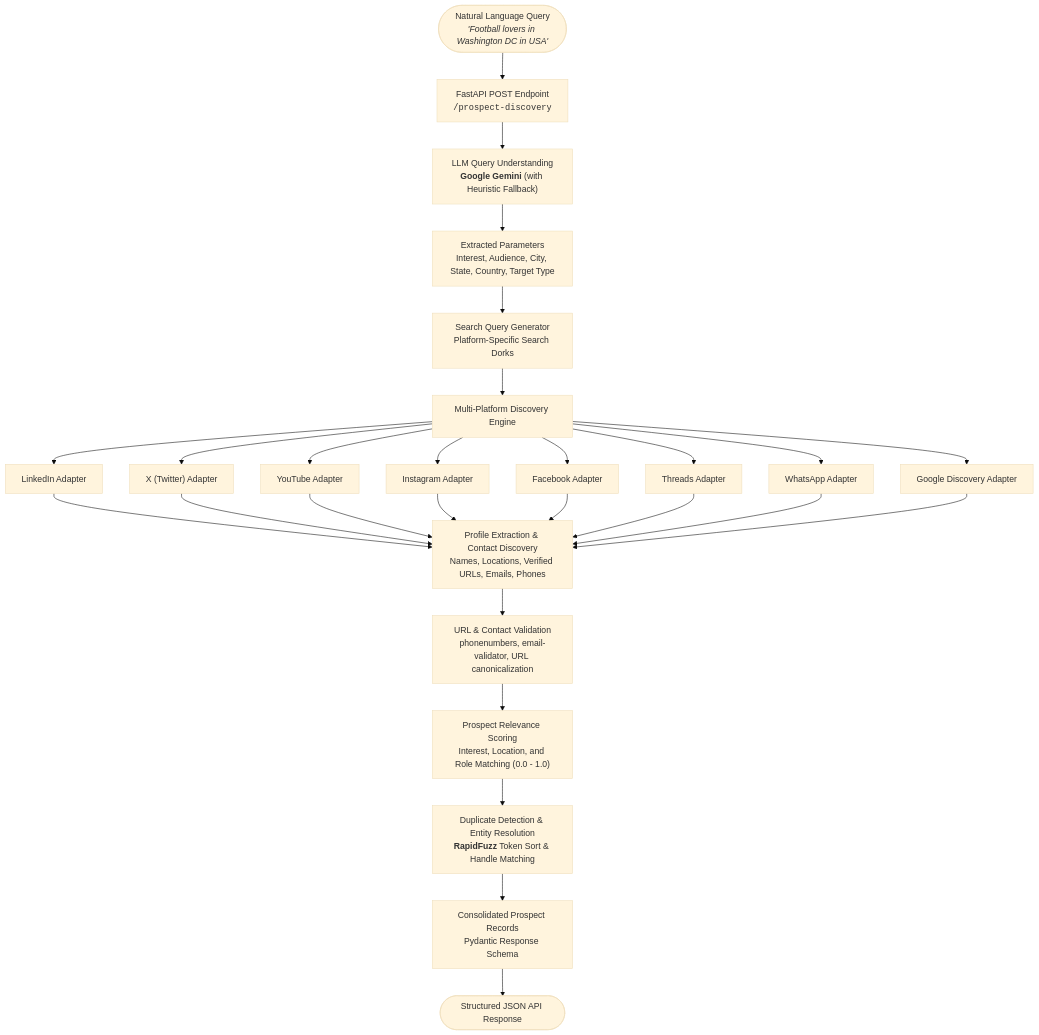
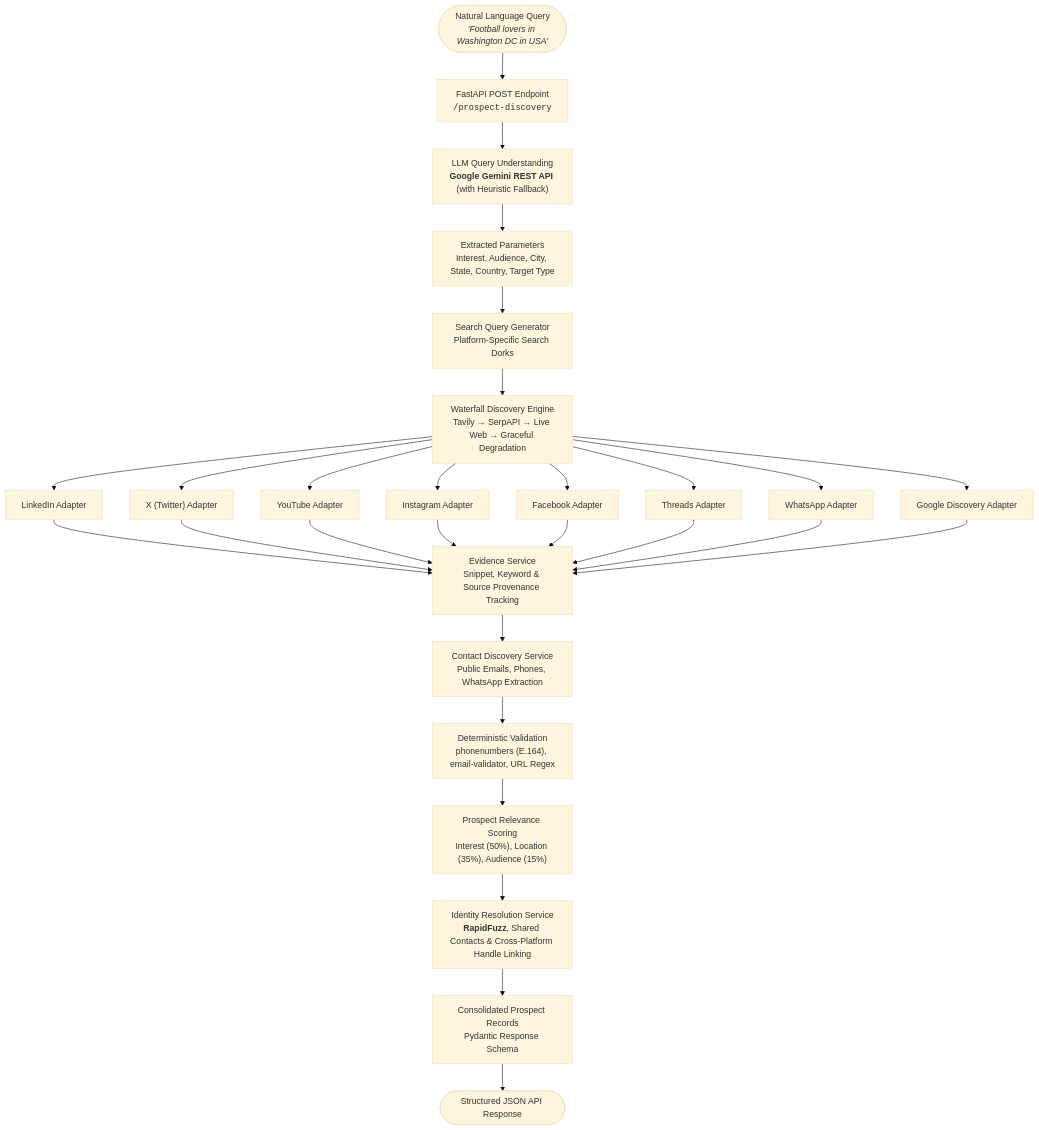
One commit to Siddanagowda/Similar-Connections changed the diagram in README.md. Above: the diagram before and after it, drawn with Mermaid (base theme). The commit also changed other lines of this file and 11 other files, not shown here.

````diff
--- a/README.md
+++ b/README.md
@@ -33,25 +33,25 @@
 ```mermaid
 flowchart TD
     UserQuery(["Natural Language Query<br/><i>'Football lovers in Washington DC in USA'</i>"]) --> Endpoint["FastAPI POST Endpoint<br/><code>/prospect-discovery</code>"]
-    Endpoint --> LLM["LLM Query Understanding<br/><b>Google Gemini</b> (with Heuristic Fallback)"]
+    Endpoint --> LLM["LLM Query Understanding<br/><b>Google Gemini REST API</b> (with Heuristic Fallback)"]
     LLM --> Intent["Extracted Parameters<br/>Interest, Audience, City, State, Country, Target Type"]
     Intent --> QueryGen["Search Query Generator<br/>Platform-Specific Search Dorks"]
     
-    QueryGen --> Discovery["Multi-Platform Discovery Engine"]
-    Discovery --> P1["LinkedIn Adapter"]
-    Discovery --> P2["X (Twitter) Adapter"]
-    Discovery --> P3["YouTube Adapter"]
-    Discovery --> P4["Instagram Adapter"]
-    Discovery --> P5["Facebook Adapter"]
-    Discovery --> P6["Threads Adapter"]
-    Discovery --> P7["WhatsApp Adapter"]
-    Discovery --> P8["Google Discovery Adapter"]
+    QueryGen --> SearchWaterfall["Waterfall Discovery Engine<br/>Tavily &rarr; SerpAPI &rarr; Live Web &rarr; Graceful Degradation"]
+    SearchWaterfall --> P1["LinkedIn Adapter"]
+    SearchWaterfall --> P2["X (Twitter) Adapter"]
+    SearchWaterfall --> P3["YouTube Adapter"]
+    SearchWaterfall --> P4["Instagram Adapter"]
+    SearchWaterfall --> P5["Facebook Adapter"]
+    SearchWaterfall --> P6["Threads Adapter"]
+    SearchWaterfall --> P7["WhatsApp Adapter"]
+    SearchWaterfall --> P8["Google Discovery Adapter"]
     
-    P1 & P2 & P3 & P4 & P5 & P6 & P7 & P8 --> Extractor["Profile Extraction & Contact Discovery<br/>Names, Locations, Verified URLs, Emails, Phones"]
-    
-    Extractor --> Validator["URL & Contact Validation<br/>phonenumbers, email-validator, URL canonicalization"]
-    Validator --> Relevance["Prospect Relevance Scoring<br/>Interest, Location, and Role Matching (0.0 - 1.0)"]
-    Relevance --> Dedup["Duplicate Detection & Entity Resolution<br/><b>RapidFuzz</b> Token Sort & Handle Matching"]
-    Dedup --> Output["Consolidated Prospect Records<br/>Pydantic Response Schema"]
+    P1 & P2 & P3 & P4 & P5 & P6 & P7 & P8 --> Evidence["Evidence Service<br/>Snippet, Keyword & Source Provenance Tracking"]
+    Evidence --> ContactSvc["Contact Discovery Service<br/>Public Emails, Phones, WhatsApp Extraction"]
+    ContactSvc --> Validator["Deterministic Validation<br/>phonenumbers (E.164), email-validator, URL Regex"]
+    Validator --> Relevance["Prospect Relevance Scoring<br/>Interest (50%), Location (35%), Audience (15%)"]
+    Relevance --> IdentitySvc["Identity Resolution Service<br/><b>RapidFuzz</b>, Shared Contacts & Cross-Platform Handle Linking"]
+    IdentitySvc --> Output["Consolidated Prospect Records<br/>Pydantic Response Schema"]
     Output --> Response(["Structured JSON API Response"])
 ```
````
